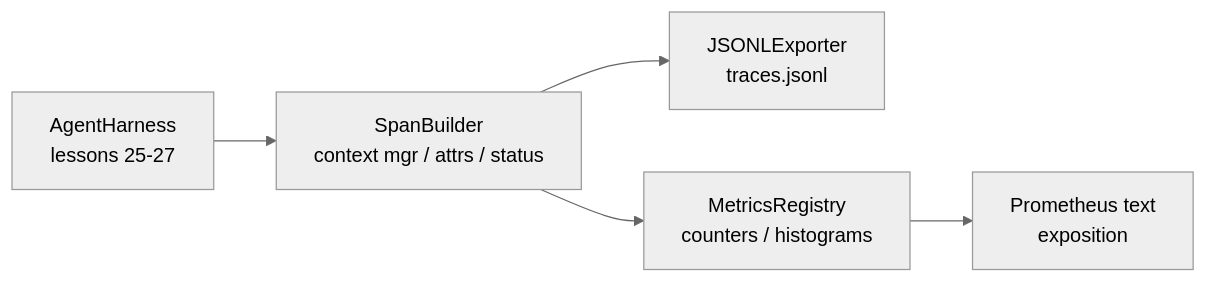
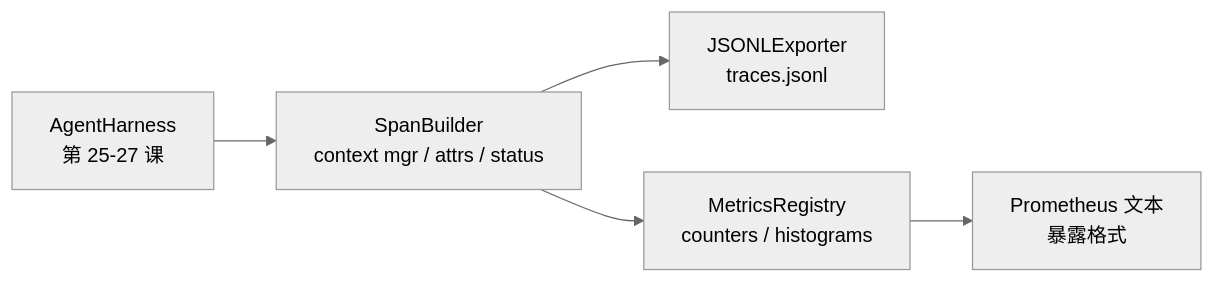
Before and after one commit to cq0206/ai-engineering-from-scratch: the second of 2 diagrams in phases/19-capstone-projects/28-observability-otel-traces.md, drawn with Mermaid (neutral theme). The commit also changed other lines of this file and 150 other files, not shown here.

````diff
--- a/phases/19-capstone-projects/28-observability-otel-traces.md
+++ b/phases/19-capstone-projects/28-observability-otel-traces.md
@@ -52,7 +52,7 @@
 ```mermaid
 flowchart LR
-  Harness[AgentHarness<br/>lessons 25-27] --> Span[SpanBuilder<br/>context mgr / attrs / status]
+  Harness[AgentHarness<br/>第 25-27 课] --> Span[SpanBuilder<br/>context mgr / attrs / status]
   Span --> Exporter[JSONLExporter<br/>traces.jsonl]
   Span --> Metrics[MetricsRegistry<br/>counters / histograms]
-  Metrics --> Prom[Prometheus text<br/>exposition]
+  Metrics --> Prom[Prometheus 文本<br/>暴露格式]
 ```
````
